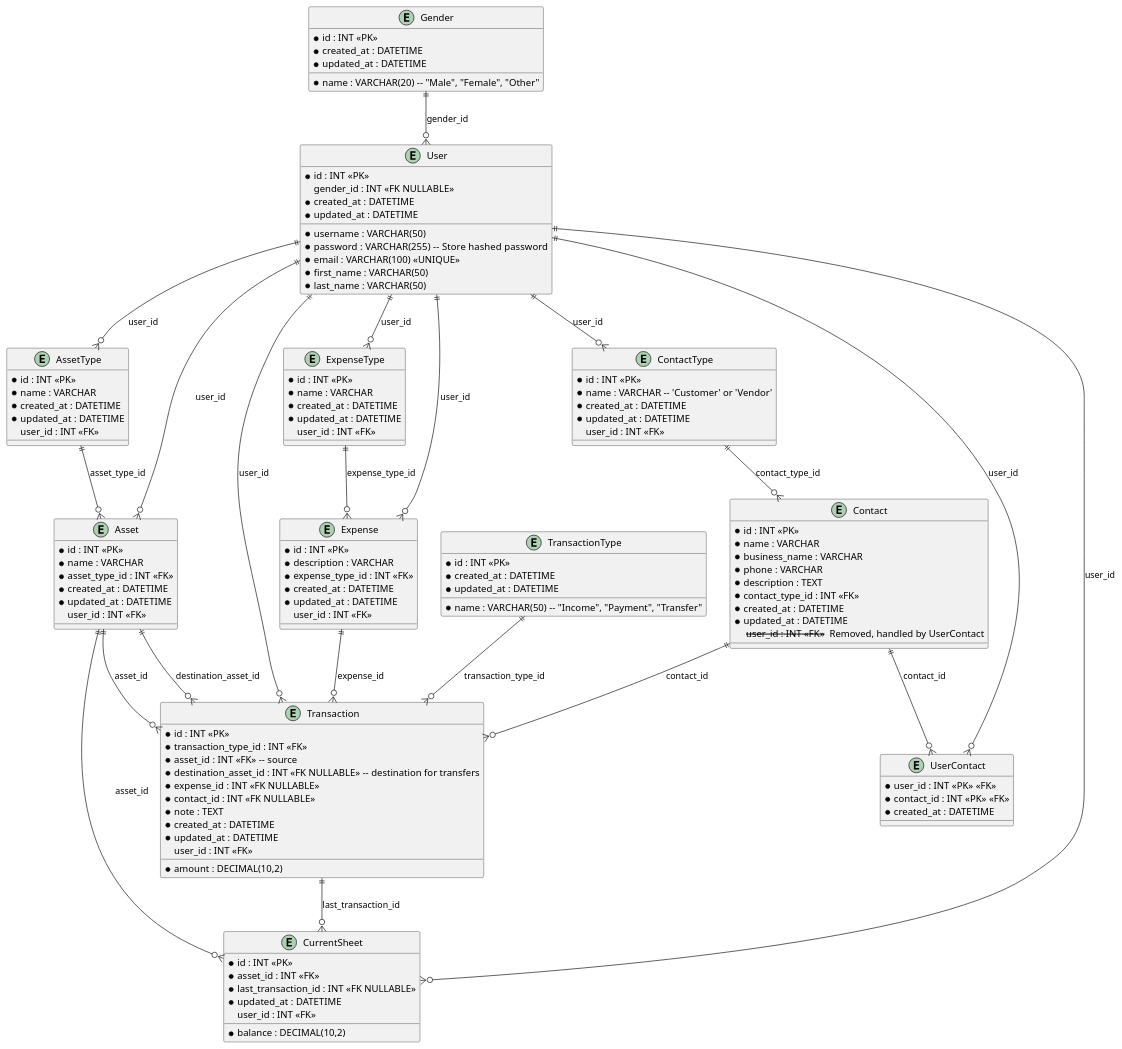
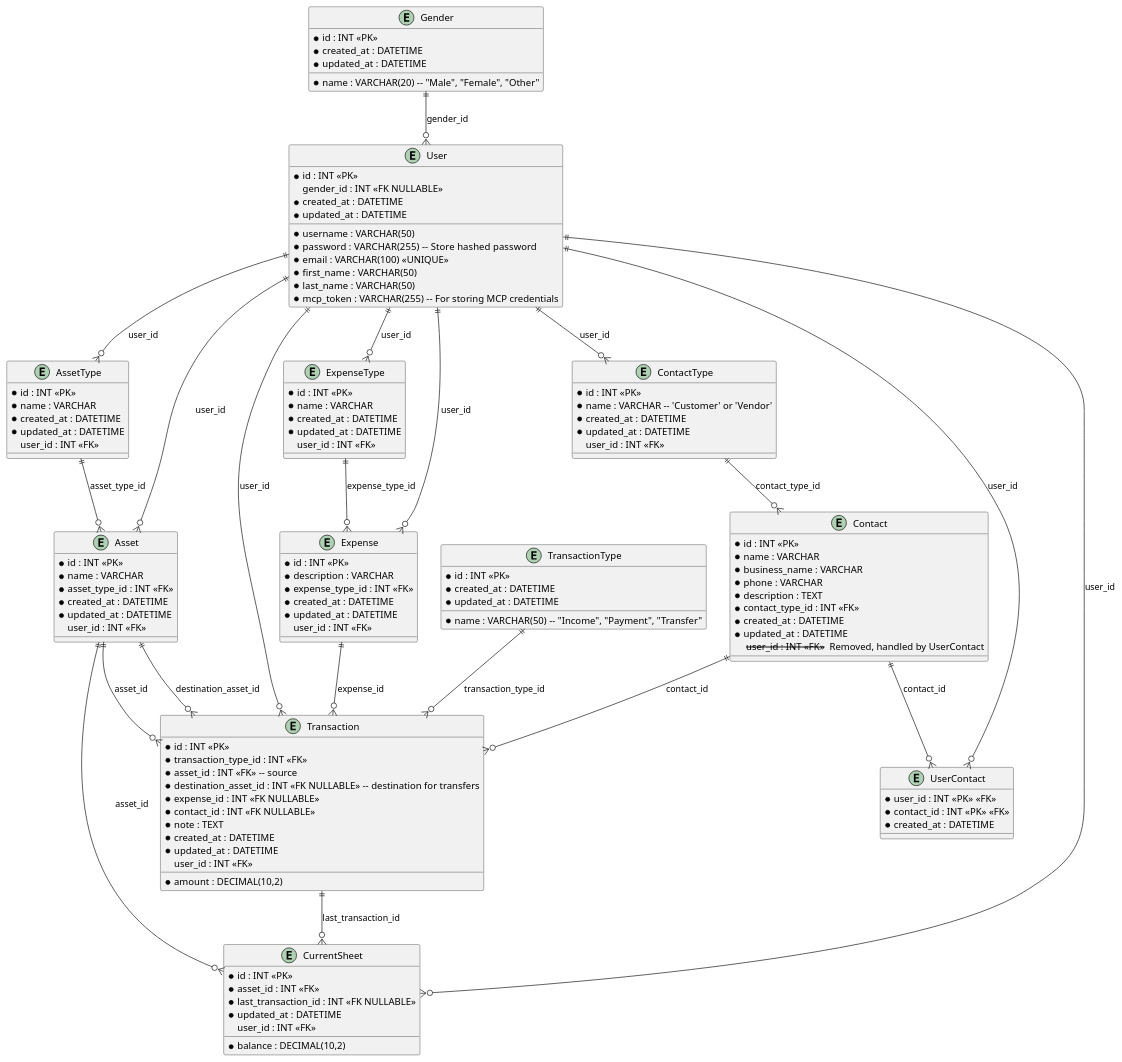
The diagram in docs/er.plantuml (otterdev0341/light-house-banking), drawn with PlantUML before and after one commit. The commit also changed 17 other files, not shown here.

```diff
--- a/docs/er.plantuml
+++ b/docs/er.plantuml
@@ -1,147 +1,148 @@
 @startuml "light-house"
 
 entity AssetType {
   *id : INT <<PK>>
   *name : VARCHAR
   *created_at : DATETIME
   *updated_at : DATETIME
   user_id : INT <<FK>>
 }
 
 entity Asset {
   *id : INT <<PK>>
   *name : VARCHAR
   *asset_type_id : INT <<FK>>
   *created_at : DATETIME
   *updated_at : DATETIME
   user_id : INT <<FK>>
 }
 
 entity ExpenseType {
   *id : INT <<PK>>
   *name : VARCHAR
   *created_at : DATETIME
   *updated_at : DATETIME
   user_id : INT <<FK>>
 }
 
 entity Expense {
   *id : INT <<PK>>
   *description : VARCHAR
   *expense_type_id : INT <<FK>>
   *created_at : DATETIME
   *updated_at : DATETIME
   user_id : INT <<FK>>
 }
 
 entity ContactType {
   *id : INT <<PK>>
   *name : VARCHAR -- 'Customer' or 'Vendor'
   *created_at : DATETIME
   *updated_at : DATETIME
   user_id : INT <<FK>>
 }
 
 entity Contact {
   *id : INT <<PK>>
   *name : VARCHAR
   *business_name : VARCHAR
   *phone : VARCHAR
   *description : TEXT
   *contact_type_id : INT <<FK>>
   *created_at : DATETIME
   *updated_at : DATETIME
   -- user_id : INT <<FK>> -- Removed, handled by UserContact
 }
 
 entity TransactionType {
   *id : INT <<PK>>
   *name : VARCHAR(50) -- "Income", "Payment", "Transfer"
   *created_at : DATETIME
   *updated_at : DATETIME
 }
 
 entity Transaction {
   *id : INT <<PK>>
   *transaction_type_id : INT <<FK>>
   *amount : DECIMAL(10,2)
   *asset_id : INT <<FK>> -- source
   *destination_asset_id : INT <<FK NULLABLE>> -- destination for transfers
   *expense_id : INT <<FK NULLABLE>>
   *contact_id : INT <<FK NULLABLE>>
   *note : TEXT
   *created_at : DATETIME
   *updated_at : DATETIME
   user_id : INT <<FK>>
 }
 
 entity CurrentSheet {
   *id : INT <<PK>>
   *asset_id : INT <<FK>>
   *balance : DECIMAL(10,2)
   *last_transaction_id : INT <<FK NULLABLE>>
   *updated_at : DATETIME
   user_id : INT <<FK>>
 }
 
 entity Gender {
   *id : INT <<PK>>
   *name : VARCHAR(20) -- "Male", "Female", "Other"
   *created_at : DATETIME
   *updated_at : DATETIME
 }
 
 entity User {
   *id : INT <<PK>>
   *username : VARCHAR(50)
   *password : VARCHAR(255)  -- Store hashed password
   *email : VARCHAR(100) <<UNIQUE>>
   *first_name : VARCHAR(50)
   *last_name : VARCHAR(50)
+  *mcp_token : VARCHAR(255) -- For storing MCP credentials
   gender_id : INT <<FK NULLABLE>>
   *created_at : DATETIME
   *updated_at : DATETIME
 }
 
 entity UserContact {
   *user_id : INT <<PK>> <<FK>>
   *contact_id : INT <<PK>> <<FK>>
   *created_at : DATETIME
 }
 
 ' Relationships
 AssetType ||--o{ Asset : asset_type_id
 ExpenseType ||--o{ Expense : expense_type_id
 ContactType ||--o{ Contact : contact_type_id
 
 ' Contact to Transaction (via GeneralTransaction)
 Contact ||--o{ Transaction : contact_id
 
 ' Asset to Transaction (source and destination)
 Asset ||--o{ Transaction : asset_id
 Asset ||--o{ Transaction : destination_asset_id
 
 ' Expense to Transaction
 Expense ||--o{ Transaction : expense_id
 
 ' Asset to CurrentSheet
 Asset ||--o{ CurrentSheet : asset_id
 
 ' User to their specific data
 User ||--o{ AssetType : user_id
 User ||--o{ Asset : user_id
 User ||--o{ ExpenseType : user_id
 User ||--o{ Expense : user_id
 User ||--o{ ContactType : user_id
 ' User ||--o{ Contact : user_id -- Replaced by UserContact
 User ||--o{ Transaction : user_id
 User ||--o{ CurrentSheet : user_id
 
 ' New Relationships
 TransactionType ||--o{ Transaction : transaction_type_id
 Gender ||--o{ User : gender_id
 User ||--o{ UserContact : user_id
 Contact ||--o{ UserContact : contact_id
 Transaction ||--o{ CurrentSheet : last_transaction_id
 
 @enduml
```
